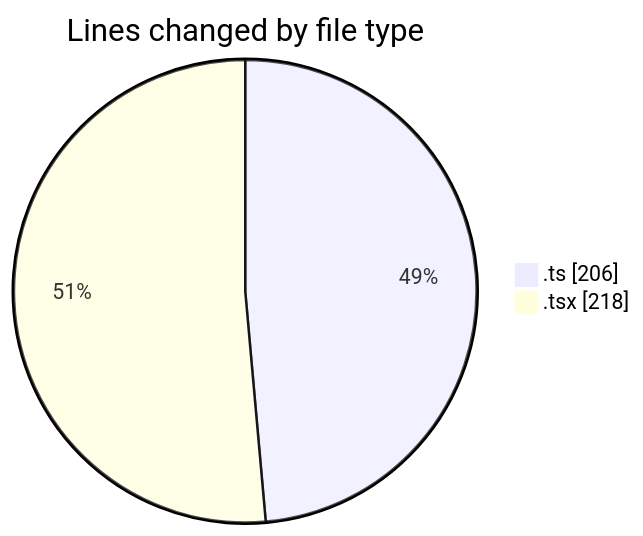
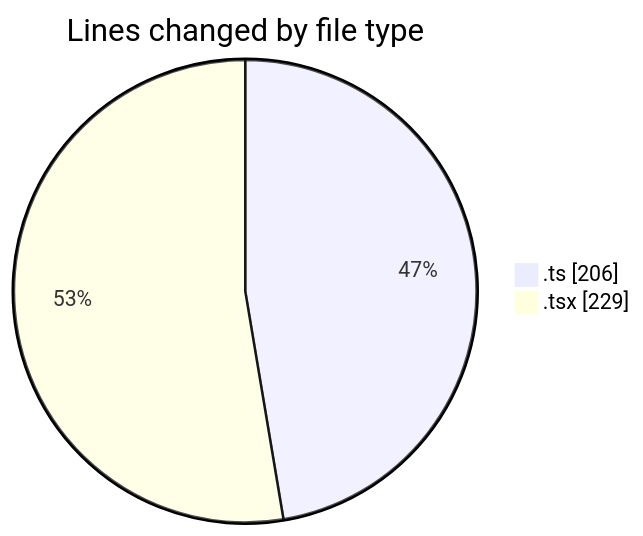
Before and after one commit to robertbonfada/code-tracking: the first of 2 diagrams in 2025-01-27/termonied-web/README.md, drawn with Mermaid. The commit also changed other lines of this file and 1 other file, not shown here.

````diff
--- a/2025-01-27/termonied-web/README.md
+++ b/2025-01-27/termonied-web/README.md
@@ -23,6 +24,6 @@
 ```mermaid
 pie showData
 title Lines changed by file type
 ".ts" : 206
-".tsx" : 218
+".tsx" : 229
 ```
````
